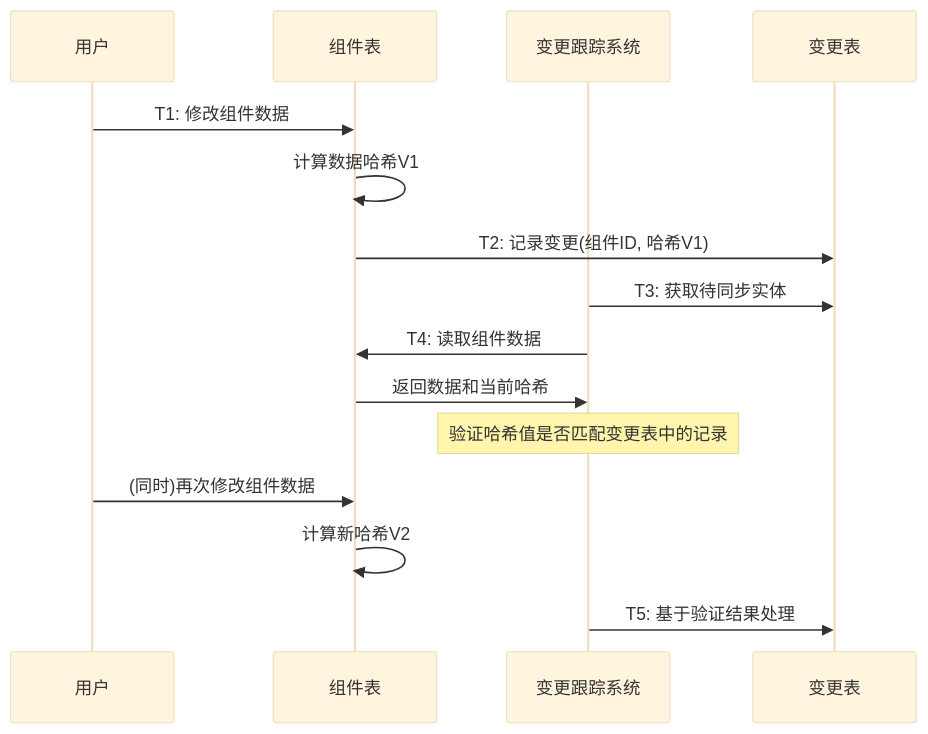
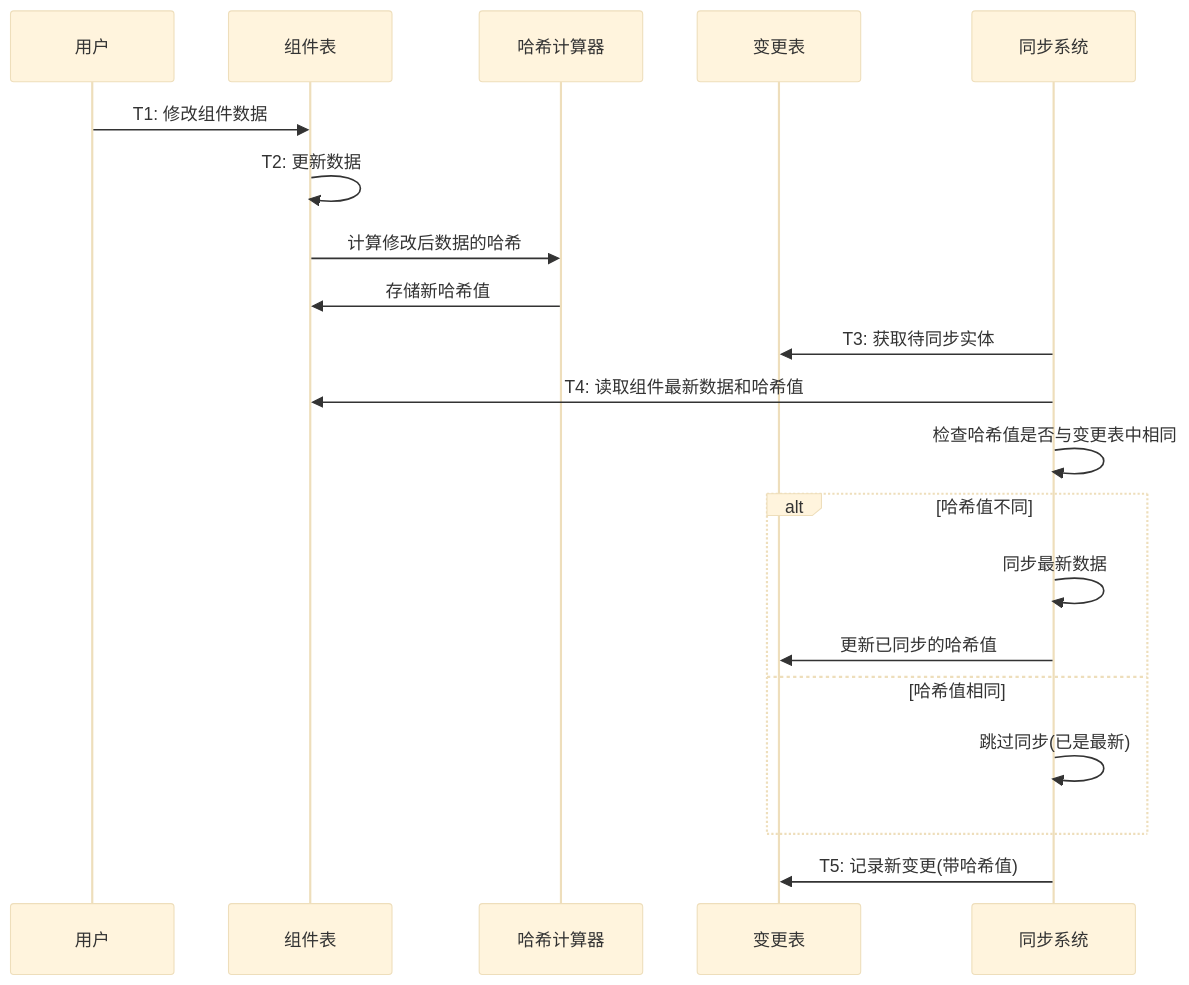
The diagram in all/未命名-42.md (yingjianzh/iodraw-files), drawn with Mermaid (base theme) before and after one commit.

Commit message:
2025-04-24 13:44:22 update

````diff
--- a/all/未命名-42.md
+++ b/all/未命名-42.md
@@ -1,22 +1,27 @@
 ```mermaid
 sequenceDiagram
     participant 用户
     participant 组件表
-    participant 变更跟踪系统
+    participant 哈希计算器
     participant 变更表
+    participant 同步系统
     
     用户->>组件表: T1: 修改组件数据
-    组件表->>组件表: 计算数据哈希V1
-    组件表->>变更表: T2: 记录变更(组件ID, 哈希V1)
+    组件表->>组件表: T2: 更新数据
+    组件表->>哈希计算器: 计算修改后数据的哈希
+    哈希计算器->>组件表: 存储新哈希值
     
-    变更跟踪系统->>变更表: T3: 获取待同步实体
-    变更跟踪系统->>组件表: T4: 读取组件数据
-    组件表->>变更跟踪系统: 返回数据和当前哈希
+    同步系统->>变更表: T3: 获取待同步实体
+    同步系统->>组件表: T4: 读取组件最新数据和哈希值
     
-    Note over 变更跟踪系统: 验证哈希值是否匹配变更表中的记录
+    同步系统->>同步系统: 检查哈希值是否与变更表中相同
     
-    用户->>组件表: (同时)再次修改组件数据
-    组件表->>组件表: 计算新哈希V2
+    alt 哈希值不同
+        同步系统->>同步系统: 同步最新数据
+        同步系统->>变更表: 更新已同步的哈希值
+    else 哈希值相同
+        同步系统->>同步系统: 跳过同步(已是最新)
+    end
     
-    变更跟踪系统->>变更表: T5: 基于验证结果处理
+    同步系统->>变更表: T5: 记录新变更(带哈希值)
 ```
````
